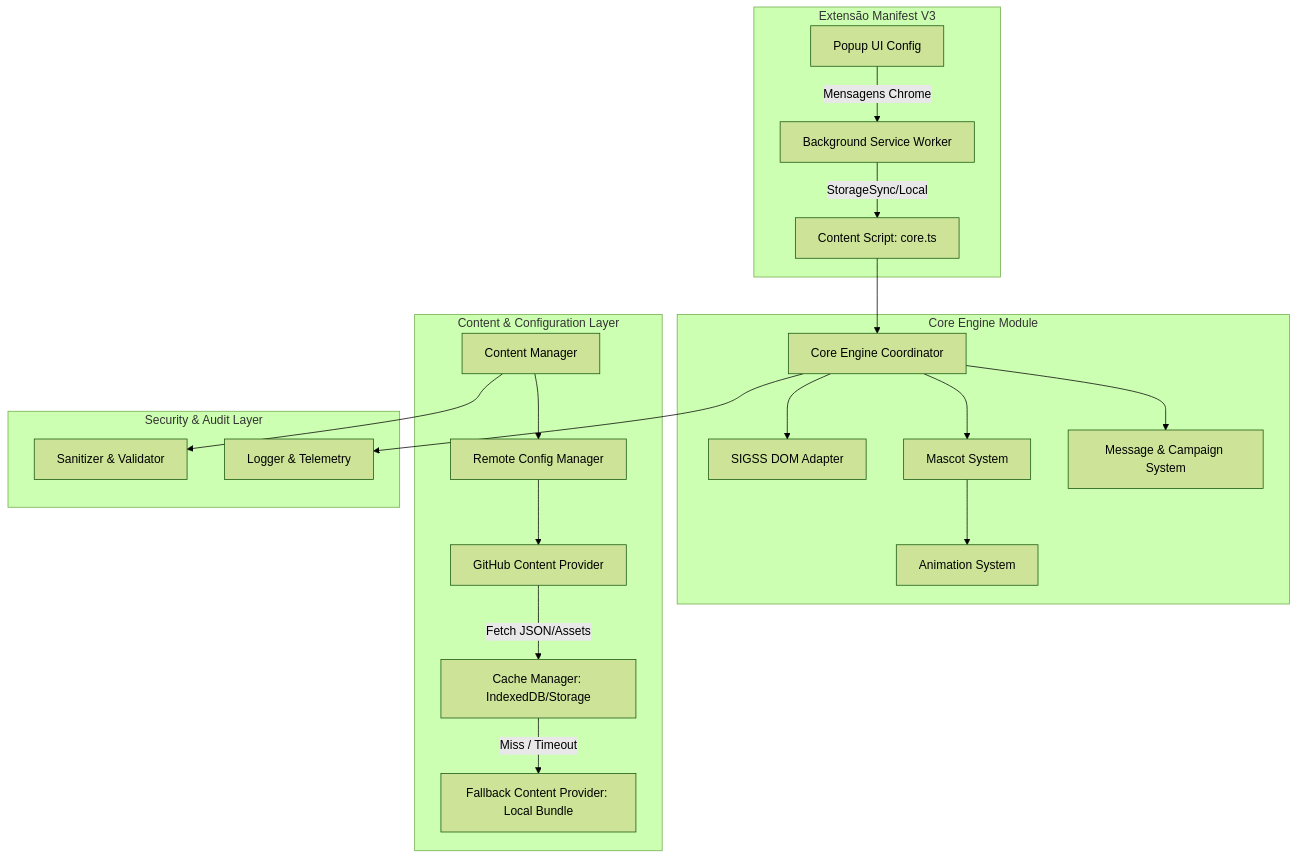
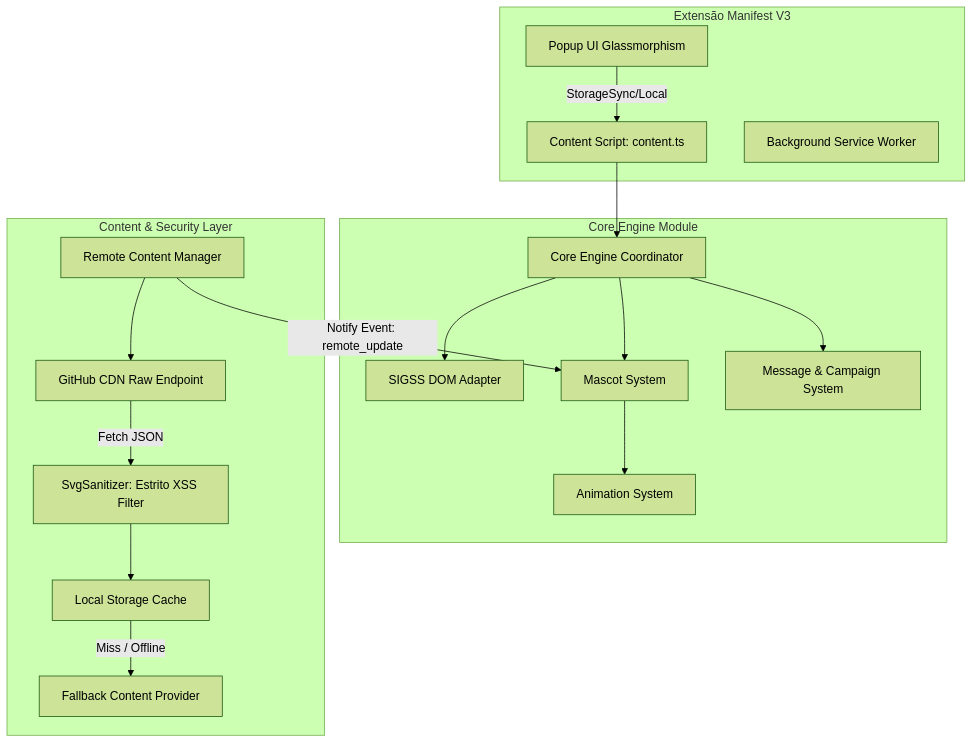
Before and after one commit to GuiPaicheco/Painel-SIGSSe: the diagram in docs/architecture/ARCHITECTURE.md, drawn with Mermaid (forest theme). The commit also changed other lines of this file and 1 other file, not shown here.

Commit message:
docs: update ARCHITECTURE.md and REMOTE_CONTENT.md with hot-reload events and separated content versioning specs

````diff
--- a/docs/architecture/ARCHITECTURE.md
+++ b/docs/architecture/ARCHITECTURE.md
@@ -15,44 +15,37 @@
 ```mermaid
 graph TD
     subgraph Browser / Extension Layer [Extensão Manifest V3]
-        CS[Content Script: core.ts]
+        CS[Content Script: content.ts]
         BG[Background Service Worker]
-        POP[Popup UI Config]
+        POP[Popup UI Glassmorphism]
     end
 
     subgraph Core Engine Module
         CE[Core Engine Coordinator]
         SIG[SIGSS DOM Adapter]
         MS[Mascot System]
         AS[Animation System]
         MSG[Message & Campaign System]
     end
 
-    subgraph Content & Configuration Layer
-        CM[Content Manager]
-        RC[Remote Config Manager]
-        GHP[GitHub Content Provider]
-        CACHE[Cache Manager: IndexedDB/Storage]
-        FB[Fallback Content Provider: Local Bundle]
+    subgraph Content & Security Layer
+        CM[Remote Content Manager]
+        SAN[SvgSanitizer: Estrito XSS Filter]
+        CACHE[Local Storage Cache]
+        FB[Fallback Content Provider]
+        GH[GitHub CDN Raw Endpoint]
     end
 
-    subgraph Security & Audit Layer
-        SEC[Sanitizer & Validator]
-        LOG[Logger & Telemetry]
-    end
-
-    POP -->|Mensagens Chrome| BG
-    BG -->|StorageSync/Local| CS
+    POP -->|StorageSync/Local| CS
     CS --> CE
     CE --> SIG
     CE --> MS
     MS --> AS
     CE --> MSG
     
-    CM --> RC
-    RC --> GHP
-    GHP -->|Fetch JSON/Assets| CACHE
-    CACHE -->|Miss / Timeout| FB
-    CM --> SEC
-    CE --> LOG
+    CM --> GH
+    GH -->|Fetch JSON| SAN
+    SAN --> CACHE
+    CACHE -->|Miss / Offline| FB
+    CM -->|Notify Event: remote_update| MS
 ```
````
